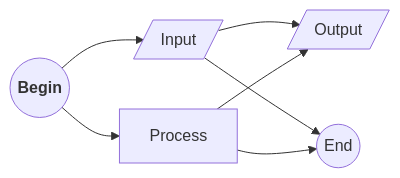
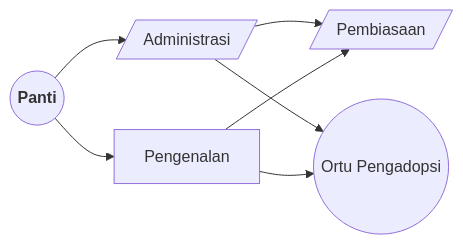
One commit to ayodyaadhi01/lecture-notes changed the first of 2 diagrams in content/notes/hello-world.md. Above: the diagram before and after it, drawn with Mermaid. The commit also changed other lines of this file, not shown here.

```diff
--- a/content/notes/hello-world.md
+++ b/content/notes/hello-world.md
@@ -58,9 +58,9 @@
 {{< mermaid >}}
 flowchart LR
   B --> I & P --> O & E
-  B(("<b>Begin</b>"))
-  I[/"Input"/]
-  P["Process"]
-  O[/"Output"/]
-  E(("End"))
+  B(("<b>Panti</b>"))
+  I[/"Administrasi"/]
+  P["Pengenalan"]
+  O[/"Pembiasaan"/]
+  E(("Ortu Pengadopsi"))
 {{< /mermaid >}}
```
